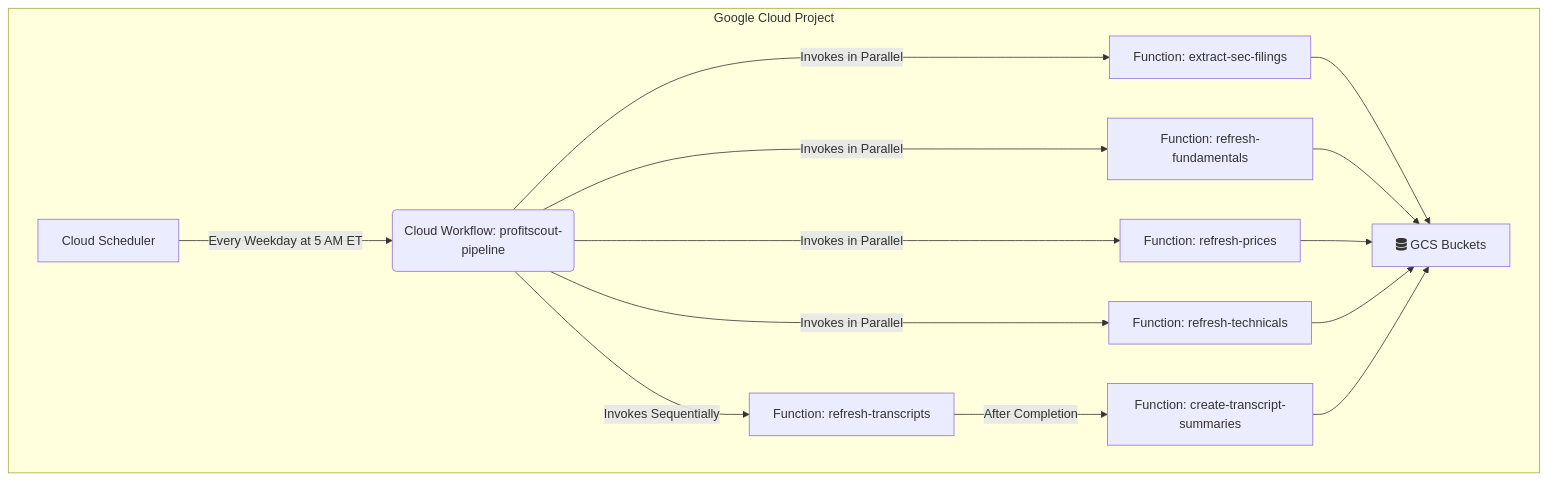
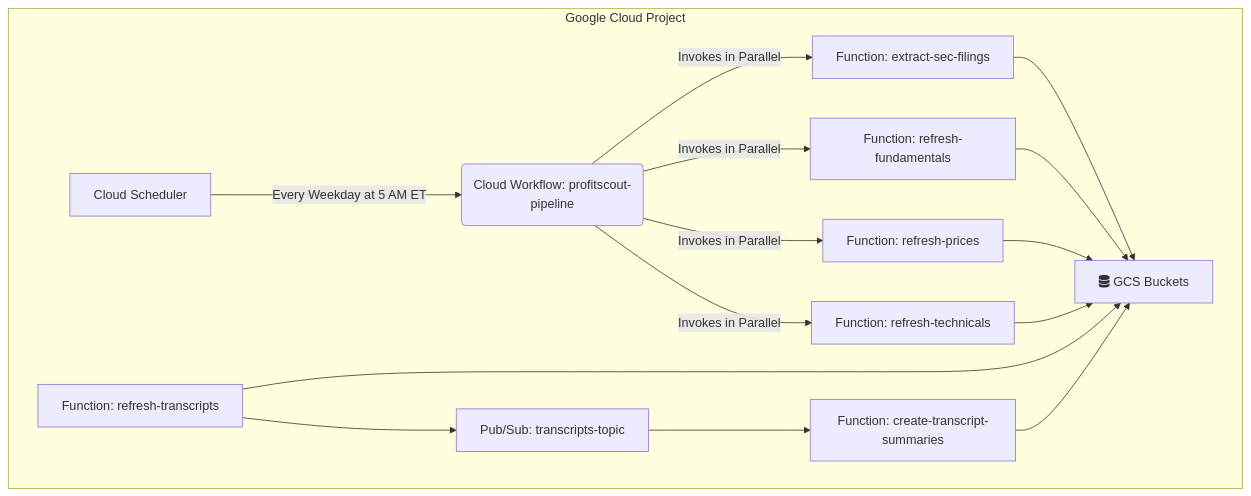
One commit to DevDizzle/profitscout-engine changed the diagram in README.md. Above: the diagram before and after it, drawn with Mermaid. The commit also changed other lines of this file and 43 other files, not shown here.

Commit message:
docs: update architecture and clean comments

````diff
--- a/README.md
+++ b/README.md
@@ -25,20 +25,21 @@
 ```mermaid
 graph TD
     subgraph "Google Cloud Project"
         A[Cloud Scheduler] -->|Every Weekday at 5 AM ET| B(Cloud Workflow: profitscout-pipeline);
 
         B -->|Invokes in Parallel| C1[Function: extract-sec-filings];
         B -->|Invokes in Parallel| C2[Function: refresh-fundamentals];
         B -->|Invokes in Parallel| C3[Function: refresh-prices];
         B -->|Invokes in Parallel| C4[Function: refresh-technicals];
 
-        B -->|Invokes Sequentially| D1[Function: refresh-transcripts];
-        D1 -->|After Completion| D2[Function: create-transcript-summaries];
-
         C1 --> E[(Cloud Storage)];
         C2 --> E;
         C3 --> E;
         C4 --> E;
-        D2 --> E[fa:fa-database GCS Buckets];
+
+        F[Pub/Sub: transcripts-topic] --> G[Function: create-transcript-summaries];
+        D[Function: refresh-transcripts] --> F;
+        D --> E;
+        G --> E[fa:fa-database GCS Buckets];
     end
 ```
````
